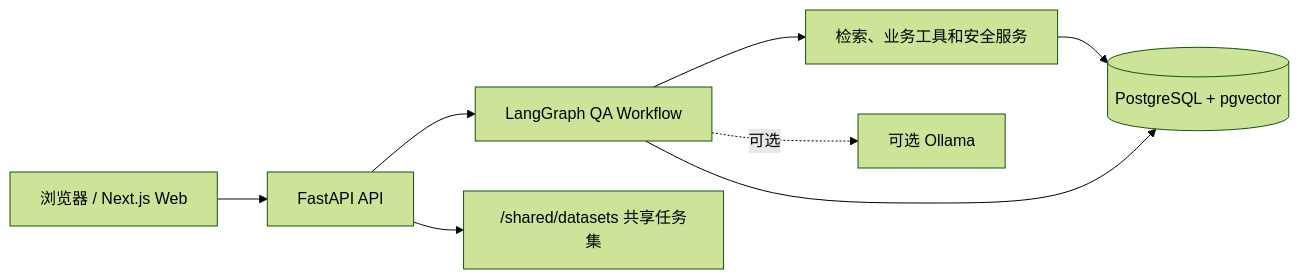
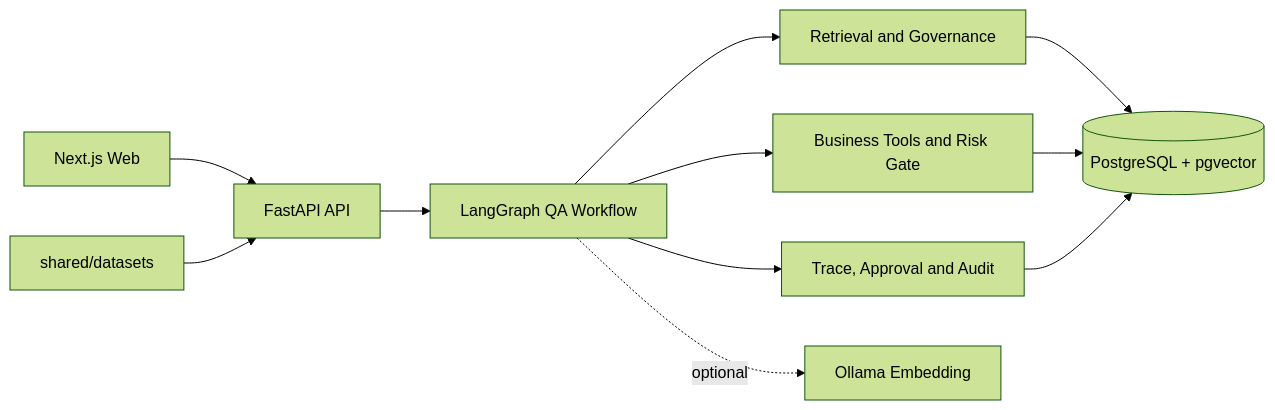
Before and after one commit to BennuRa/living-rag: the first of 3 diagrams in README.md, drawn with Mermaid (forest theme). The commit also changed other lines of this file and 19 other files, not shown here.

````diff
--- a/README.md
+++ b/README.md
@@ -49,18 +38,13 @@
 ```mermaid
 flowchart LR
-    Browser["浏览器 / Next.js Web"]
-    API["FastAPI API"]
-    Graph["LangGraph QA Workflow"]
-    Services["检索、业务工具和安全服务"]
-    DB[("PostgreSQL + pgvector")]
-    Shared["/shared/datasets 共享任务集"]
-    Ollama["可选 Ollama"]
-
-    Browser --> API
-    API --> Graph
-    Graph --> Services
-    Services --> DB
-    Graph --> DB
-    API --> Shared
-    Graph -. 可选 .-> Ollama
+    Web["Next.js Web"] --> API["FastAPI API"]
+    API --> Graph["LangGraph QA Workflow"]
+    Graph --> Retrieval["Retrieval and Governance"]
+    Graph --> Business["Business Tools and Risk Gate"]
+    Retrieval --> DB[("PostgreSQL + pgvector")]
+    Business --> DB
+    Graph --> Trace["Trace, Approval and Audit"]
+    Trace --> DB
+    Shared["shared/datasets"] --> API
+    Graph -. optional .-> Ollama["Ollama Embedding"]
 ```
````
